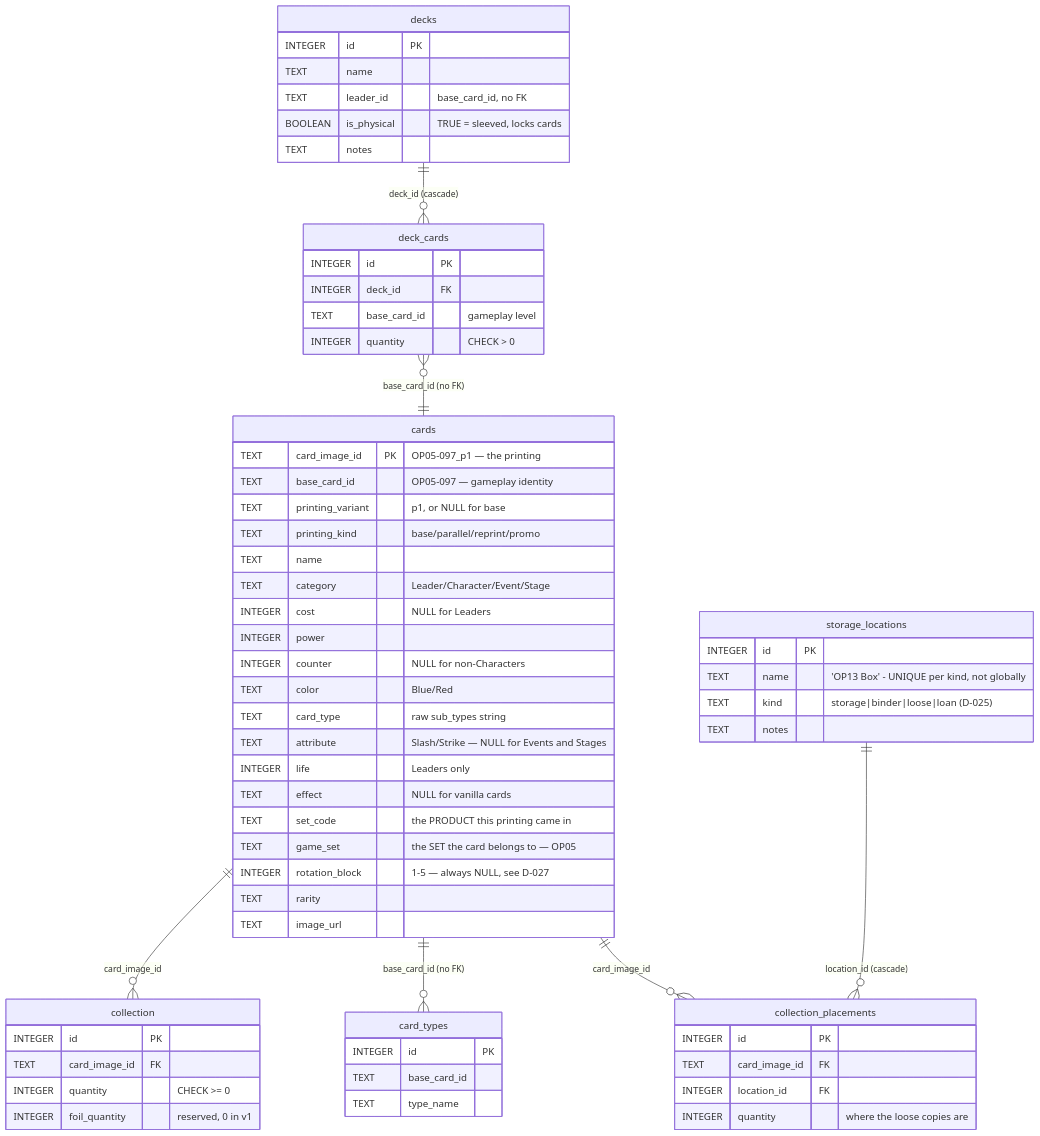
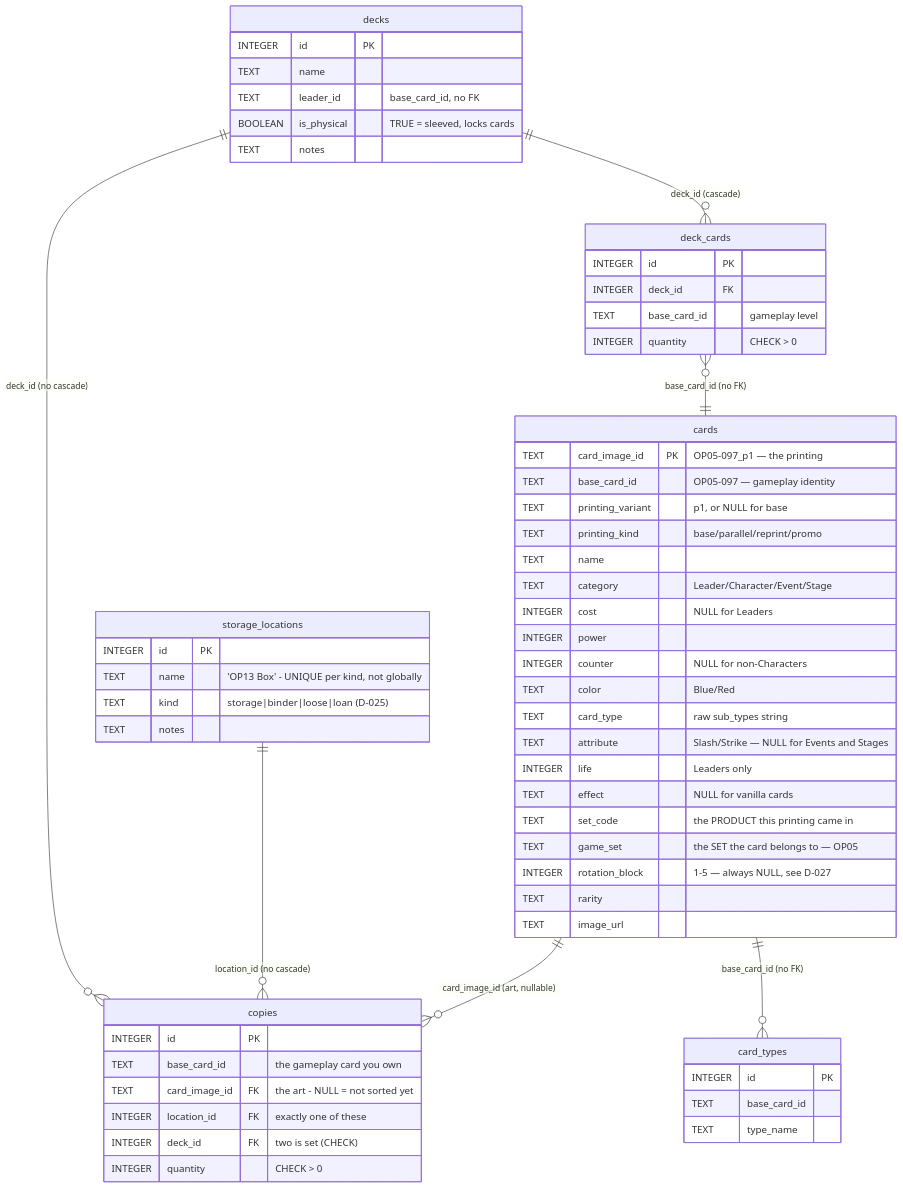
One commit to ThePowerofD/onepiece-card-keeper changed the first of 2 diagrams in DESIGN.md. Above: the diagram before and after it, drawn with Mermaid. The commit also changed other lines of this file and 22 other files, not shown here.

Commit message:
Land D-030 and D-031: copies carry art and location, gameplay fields inherit across printings

````diff
--- a/DESIGN.md
+++ b/DESIGN.md
@@ -119,67 +126,63 @@
 ```mermaid
 erDiagram
-    cards ||--o{ collection : "card_image_id"
+    cards ||--o{ copies : "card_image_id (art, nullable)"
     cards ||--o{ card_types : "base_card_id (no FK)"
-    cards ||--o{ collection_placements : "card_image_id"
-    storage_locations ||--o{ collection_placements : "location_id (cascade)"
+    storage_locations ||--o{ copies : "location_id (no cascade)"
+    decks ||--o{ copies : "deck_id (no cascade)"
     decks ||--o{ deck_cards : "deck_id (cascade)"
     deck_cards }o--|| cards : "base_card_id (no FK)"
 
     cards {
         TEXT card_image_id PK "OP05-097_p1 — the printing"
         TEXT base_card_id "OP05-097 — gameplay identity"
         TEXT printing_variant "p1, or NULL for base"
         TEXT printing_kind "base/parallel/reprint/promo"
         TEXT name
         TEXT category "Leader/Character/Event/Stage"
         INTEGER cost "NULL for Leaders"
         INTEGER power
         INTEGER counter "NULL for non-Characters"
         TEXT color "Blue/Red"
         TEXT card_type "raw sub_types string"
         TEXT attribute "Slash/Strike — NULL for Events and Stages"
         INTEGER life "Leaders only"
         TEXT effect "NULL for vanilla cards"
         TEXT set_code "the PRODUCT this printing came in"
         TEXT game_set "the SET the card belongs to — OP05"
         INTEGER rotation_block "1-5 — always NULL, see D-027"
         TEXT rarity
         TEXT image_url
     }
-    collection {
+    copies {
         INTEGER id PK
-        TEXT card_image_id FK
-        INTEGER quantity "CHECK >= 0"
-        INTEGER foil_quantity "reserved, 0 in v1"
+        TEXT base_card_id "the gameplay card you own"
+        TEXT card_image_id FK "the art - NULL = not sorted yet"
+        INTEGER location_id FK "exactly one of these"
+        INTEGER deck_id FK "two is set (CHECK)"
+        INTEGER quantity "CHECK > 0"
     }
     storage_locations {
         INTEGER id PK
         TEXT name "'OP13 Box' - UNIQUE per kind, not globally"
         TEXT kind "storage|binder|loose|loan (D-025)"
         TEXT notes
-    }
-    collection_placements {
-        INTEGER id PK
-        TEXT card_image_id FK
-        INTEGER location_id FK
-        INTEGER quantity "where the loose copies are"
     }
     decks {
         INTEGER id PK
         TEXT name
         TEXT leader_id "base_card_id, no FK"
         BOOLEAN is_physical "TRUE = sleeved, locks cards"
         TEXT notes
     }
     deck_cards {
         INTEGER id PK
         INTEGER deck_id FK
         TEXT base_card_id "gameplay level"
         INTEGER quantity "CHECK > 0"
     }
     card_types {
         INTEGER id PK
         TEXT base_card_id
         TEXT type_name
     }
 ```
````
